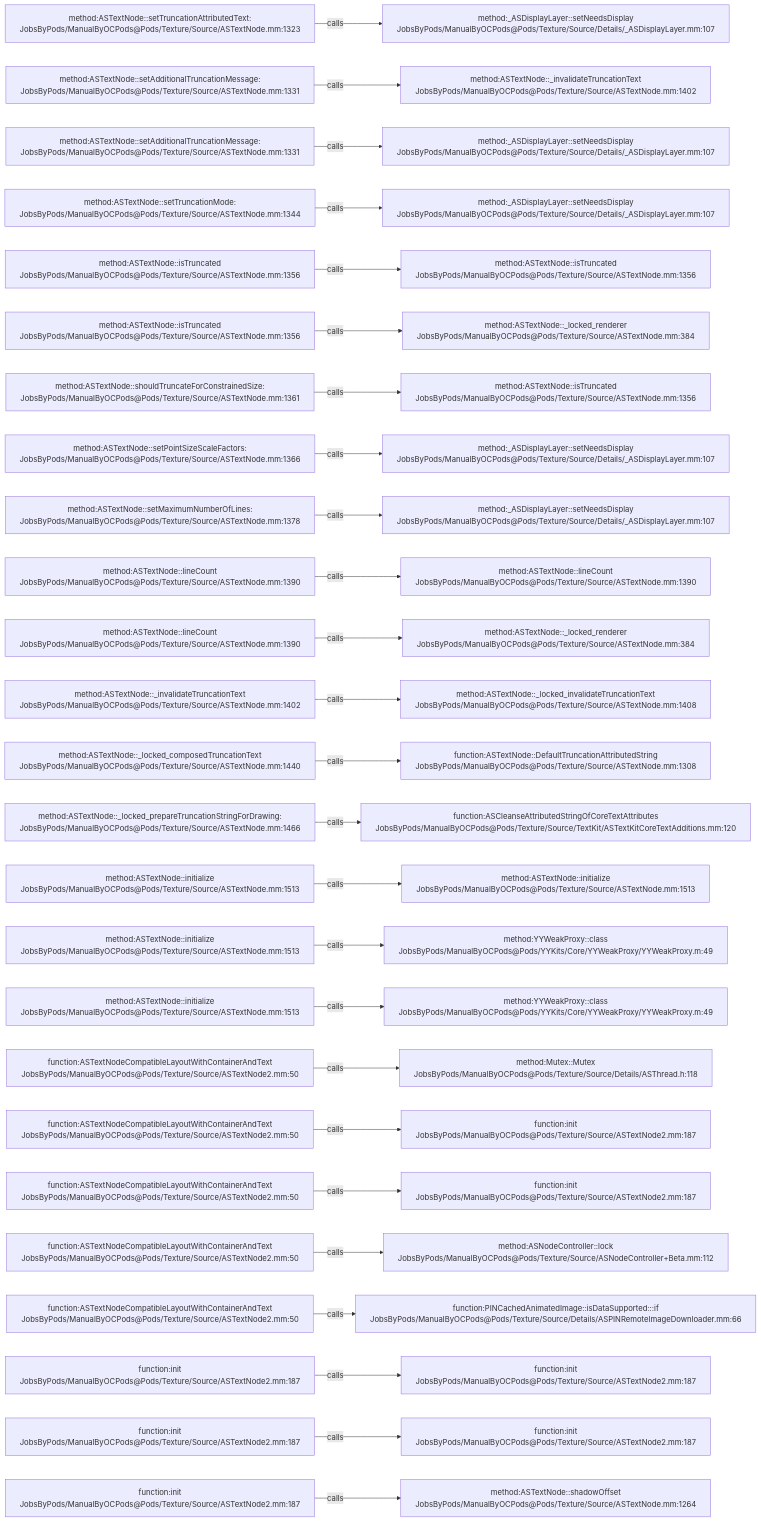
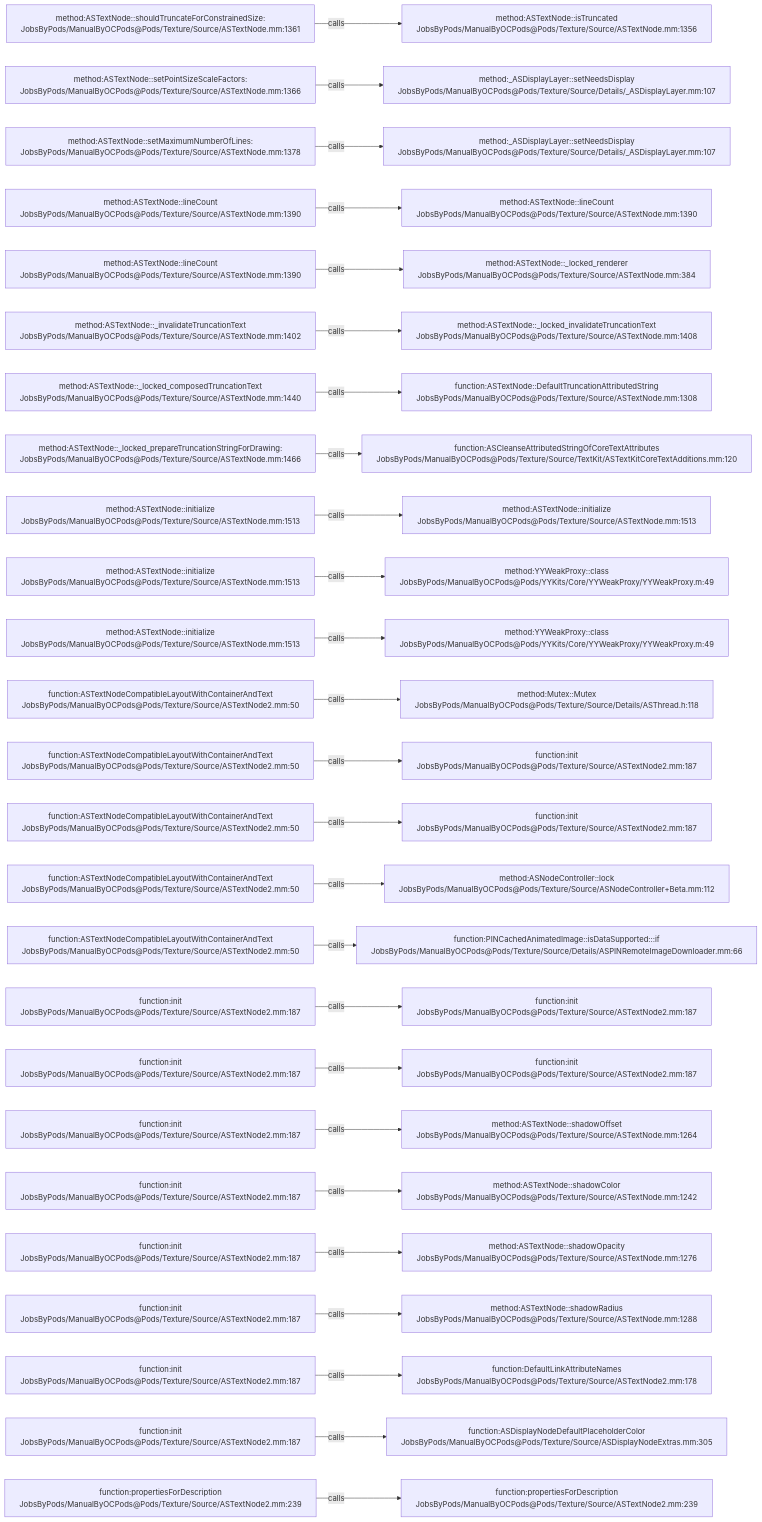
The diagram in .codegraph/codegraph.md/graphs/calls-130.md (JobsKits/JobsOCBaseConfigDemo), drawn with Mermaid before and after one commit. The commit also changed 666 other files, not shown here.

````diff
--- a/.codegraph/codegraph.md/graphs/calls-130.md
+++ b/.codegraph/codegraph.md/graphs/calls-130.md
@@ -13,78 +13,78 @@
 ```mermaid
 flowchart LR
-  S1["method:ASTextNode::setTruncationAttributedText:<br/>JobsByPods/ManualByOCPods@Pods/Texture/Source/ASTextNode.mm:1323"]
-  T1["method:_ASDisplayLayer::setNeedsDisplay<br/>JobsByPods/ManualByOCPods@Pods/Texture/Source/Details/_ASDisplayLayer.mm:107"]
+  S1["method:ASTextNode::shouldTruncateForConstrainedSize:<br/>JobsByPods/ManualByOCPods@Pods/Texture/Source/ASTextNode.mm:1361"]
+  T1["method:ASTextNode::isTruncated<br/>JobsByPods/ManualByOCPods@Pods/Texture/Source/ASTextNode.mm:1356"]
   S1 -->|calls| T1
-  S2["method:ASTextNode::setAdditionalTruncationMessage:<br/>JobsByPods/ManualByOCPods@Pods/Texture/Source/ASTextNode.mm:1331"]
-  T2["method:ASTextNode::_invalidateTruncationText<br/>JobsByPods/ManualByOCPods@Pods/Texture/Source/ASTextNode.mm:1402"]
+  S2["method:ASTextNode::setPointSizeScaleFactors:<br/>JobsByPods/ManualByOCPods@Pods/Texture/Source/ASTextNode.mm:1366"]
+  T2["method:_ASDisplayLayer::setNeedsDisplay<br/>JobsByPods/ManualByOCPods@Pods/Texture/Source/Details/_ASDisplayLayer.mm:107"]
   S2 -->|calls| T2
-  S3["method:ASTextNode::setAdditionalTruncationMessage:<br/>JobsByPods/ManualByOCPods@Pods/Texture/Source/ASTextNode.mm:1331"]
+  S3["method:ASTextNode::setMaximumNumberOfLines:<br/>JobsByPods/ManualByOCPods@Pods/Texture/Source/ASTextNode.mm:1378"]
   T3["method:_ASDisplayLayer::setNeedsDisplay<br/>JobsByPods/ManualByOCPods@Pods/Texture/Source/Details/_ASDisplayLayer.mm:107"]
   S3 -->|calls| T3
-  S4["method:ASTextNode::setTruncationMode:<br/>JobsByPods/ManualByOCPods@Pods/Texture/Source/ASTextNode.mm:1344"]
-  T4["method:_ASDisplayLayer::setNeedsDisplay<br/>JobsByPods/ManualByOCPods@Pods/Texture/Source/Details/_ASDisplayLayer.mm:107"]
+  S4["method:ASTextNode::lineCount<br/>JobsByPods/ManualByOCPods@Pods/Texture/Source/ASTextNode.mm:1390"]
+  T4["method:ASTextNode::lineCount<br/>JobsByPods/ManualByOCPods@Pods/Texture/Source/ASTextNode.mm:1390"]
   S4 -->|calls| T4
-  S5["method:ASTextNode::isTruncated<br/>JobsByPods/ManualByOCPods@Pods/Texture/Source/ASTextNode.mm:1356"]
-  T5["method:ASTextNode::isTruncated<br/>JobsByPods/ManualByOCPods@Pods/Texture/Source/ASTextNode.mm:1356"]
+  S5["method:ASTextNode::lineCount<br/>JobsByPods/ManualByOCPods@Pods/Texture/Source/ASTextNode.mm:1390"]
+  T5["method:ASTextNode::_locked_renderer<br/>JobsByPods/ManualByOCPods@Pods/Texture/Source/ASTextNode.mm:384"]
   S5 -->|calls| T5
-  S6["method:ASTextNode::isTruncated<br/>JobsByPods/ManualByOCPods@Pods/Texture/Source/ASTextNode.mm:1356"]
-  T6["method:ASTextNode::_locked_renderer<br/>JobsByPods/ManualByOCPods@Pods/Texture/Source/ASTextNode.mm:384"]
+  S6["method:ASTextNode::_invalidateTruncationText<br/>JobsByPods/ManualByOCPods@Pods/Texture/Source/ASTextNode.mm:1402"]
+  T6["method:ASTextNode::_locked_invalidateTruncationText<br/>JobsByPods/ManualByOCPods@Pods/Texture/Source/ASTextNode.mm:1408"]
   S6 -->|calls| T6
-  S7["method:ASTextNode::shouldTruncateForConstrainedSize:<br/>JobsByPods/ManualByOCPods@Pods/Texture/Source/ASTextNode.mm:1361"]
-  T7["method:ASTextNode::isTruncated<br/>JobsByPods/ManualByOCPods@Pods/Texture/Source/ASTextNode.mm:1356"]
+  S7["method:ASTextNode::_locked_composedTruncationText<br/>JobsByPods/ManualByOCPods@Pods/Texture/Source/ASTextNode.mm:1440"]
+  T7["function:ASTextNode::DefaultTruncationAttributedString<br/>JobsByPods/ManualByOCPods@Pods/Texture/Source/ASTextNode.mm:1308"]
   S7 -->|calls| T7
-  S8["method:ASTextNode::setPointSizeScaleFactors:<br/>JobsByPods/ManualByOCPods@Pods/Texture/Source/ASTextNode.mm:1366"]
-  T8["method:_ASDisplayLayer::setNeedsDisplay<br/>JobsByPods/ManualByOCPods@Pods/Texture/Source/Details/_ASDisplayLayer.mm:107"]
+  S8["method:ASTextNode::_locked_prepareTruncationStringForDrawing:<br/>JobsByPods/ManualByOCPods@Pods/Texture/Source/ASTextNode.mm:1466"]
+  T8["function:ASCleanseAttributedStringOfCoreTextAttributes<br/>JobsByPods/ManualByOCPods@Pods/Texture/Source/TextKit/ASTextKitCoreTextAdditions.mm:120"]
   S8 -->|calls| T8
-  S9["method:ASTextNode::setMaximumNumberOfLines:<br/>JobsByPods/ManualByOCPods@Pods/Texture/Source/ASTextNode.mm:1378"]
-  T9["method:_ASDisplayLayer::setNeedsDisplay<br/>JobsByPods/ManualByOCPods@Pods/Texture/Source/Details/_ASDisplayLayer.mm:107"]
+  S9["method:ASTextNode::initialize<br/>JobsByPods/ManualByOCPods@Pods/Texture/Source/ASTextNode.mm:1513"]
+  T9["method:ASTextNode::initialize<br/>JobsByPods/ManualByOCPods@Pods/Texture/Source/ASTextNode.mm:1513"]
   S9 -->|calls| T9
-  S10["method:ASTextNode::lineCount<br/>JobsByPods/ManualByOCPods@Pods/Texture/Source/ASTextNode.mm:1390"]
-  T10["method:ASTextNode::lineCount<br/>JobsByPods/ManualByOCPods@Pods/Texture/Source/ASTextNode.mm:1390"]
+  S10["method:ASTextNode::initialize<br/>JobsByPods/ManualByOCPods@Pods/Texture/Source/ASTextNode.mm:1513"]
+  T10["method:YYWeakProxy::class<br/>JobsByPods/ManualByOCPods@Pods/YYKits/Core/YYWeakProxy/YYWeakProxy.m:49"]
   S10 -->|calls| T10
-  S11["method:ASTextNode::lineCount<br/>JobsByPods/ManualByOCPods@Pods/Texture/Source/ASTextNode.mm:1390"]
-  T11["method:ASTextNode::_locked_renderer<br/>JobsByPods/ManualByOCPods@Pods/Texture/Source/ASTextNode.mm:384"]
+  S11["method:ASTextNode::initialize<br/>JobsByPods/ManualByOCPods@Pods/Texture/Source/ASTextNode.mm:1513"]
+  T11["method:YYWeakProxy::class<br/>JobsByPods/ManualByOCPods@Pods/YYKits/Core/YYWeakProxy/YYWeakProxy.m:49"]
   S11 -->|calls| T11
-  S12["method:ASTextNode::_invalidateTruncationText<br/>JobsByPods/ManualByOCPods@Pods/Texture/Source/ASTextNode.mm:1402"]
-  T12["method:ASTextNode::_locked_invalidateTruncationText<br/>JobsByPods/ManualByOCPods@Pods/Texture/Source/ASTextNode.mm:1408"]
+  S12["function:ASTextNodeCompatibleLayoutWithContainerAndText<br/>JobsByPods/ManualByOCPods@Pods/Texture/Source/ASTextNode2.mm:50"]
+  T12["method:Mutex::Mutex<br/>JobsByPods/ManualByOCPods@Pods/Texture/Source/Details/ASThread.h:118"]
   S12 -->|calls| T12
-  S13["method:ASTextNode::_locked_composedTruncationText<br/>JobsByPods/ManualByOCPods@Pods/Texture/Source/ASTextNode.mm:1440"]
-  T13["function:ASTextNode::DefaultTruncationAttributedString<br/>JobsByPods/ManualByOCPods@Pods/Texture/Source/ASTextNode.mm:1308"]
+  S13["function:ASTextNodeCompatibleLayoutWithContainerAndText<br/>JobsByPods/ManualByOCPods@Pods/Texture/Source/ASTextNode2.mm:50"]
+  T13["function:init<br/>JobsByPods/ManualByOCPods@Pods/Texture/Source/ASTextNode2.mm:187"]
   S13 -->|calls| T13
-  S14["method:ASTextNode::_locked_prepareTruncationStringForDrawing:<br/>JobsByPods/ManualByOCPods@Pods/Texture/Source/ASTextNode.mm:1466"]
-  T14["function:ASCleanseAttributedStringOfCoreTextAttributes<br/>JobsByPods/ManualByOCPods@Pods/Texture/Source/TextKit/ASTextKitCoreTextAdditions.mm:120"]
+  S14["function:ASTextNodeCompatibleLayoutWithContainerAndText<br/>JobsByPods/ManualByOCPods@Pods/Texture/Source/ASTextNode2.mm:50"]
+  T14["function:init<br/>JobsByPods/ManualByOCPods@Pods/Texture/Source/ASTextNode2.mm:187"]
   S14 -->|calls| T14
-  S15["method:ASTextNode::initialize<br/>JobsByPods/ManualByOCPods@Pods/Texture/Source/ASTextNode.mm:1513"]
-  T15["method:ASTextNode::initialize<br/>JobsByPods/ManualByOCPods@Pods/Texture/Source/ASTextNode.mm:1513"]
+  S15["function:ASTextNodeCompatibleLayoutWithContainerAndText<br/>JobsByPods/ManualByOCPods@Pods/Texture/Source/ASTextNode2.mm:50"]
+  T15["method:ASNodeController::lock<br/>JobsByPods/ManualByOCPods@Pods/Texture/Source/ASNodeController+Beta.mm:112"]
   S15 -->|calls| T15
-  S16["method:ASTextNode::initialize<br/>JobsByPods/ManualByOCPods@Pods/Texture/Source/ASTextNode.mm:1513"]
-  T16["method:YYWeakProxy::class<br/>JobsByPods/ManualByOCPods@Pods/YYKits/Core/YYWeakProxy/YYWeakProxy.m:49"]
+  S16["function:ASTextNodeCompatibleLayoutWithContainerAndText<br/>JobsByPods/ManualByOCPods@Pods/Texture/Source/ASTextNode2.mm:50"]
+  T16["function:PINCachedAnimatedImage::isDataSupported:::if<br/>JobsByPods/ManualByOCPods@Pods/Texture/Source/Details/ASPINRemoteImageDownloader.mm:66"]
   S16 -->|calls| T16
-  S17["method:ASTextNode::initialize<br/>JobsByPods/ManualByOCPods@Pods/Texture/Source/ASTextNode.mm:1513"]
-  T17["method:YYWeakProxy::class<br/>JobsByPods/ManualByOCPods@Pods/YYKits/Core/YYWeakProxy/YYWeakProxy.m:49"]
+  S17["function:init<br/>JobsByPods/ManualByOCPods@Pods/Texture/Source/ASTextNode2.mm:187"]
+  T17["function:init<br/>JobsByPods/ManualByOCPods@Pods/Texture/Source/ASTextNode2.mm:187"]
   S17 -->|calls| T17
-  S18["function:ASTextNodeCompatibleLayoutWithContainerAndText<br/>JobsByPods/ManualByOCPods@Pods/Texture/Source/ASTextNode2.mm:50"]
-  T18["method:Mutex::Mutex<br/>JobsByPods/ManualByOCPods@Pods/Texture/Source/Details/ASThread.h:118"]
+  S18["function:init<br/>JobsByPods/ManualByOCPods@Pods/Texture/Source/ASTextNode2.mm:187"]
+  T18["function:init<br/>JobsByPods/ManualByOCPods@Pods/Texture/Source/ASTextNode2.mm:187"]
   S18 -->|calls| T18
-  S19["function:ASTextNodeCompatibleLayoutWithContainerAndText<br/>JobsByPods/ManualByOCPods@Pods/Texture/Source/ASTextNode2.mm:50"]
-  T19["function:init<br/>JobsByPods/ManualByOCPods@Pods/Texture/Source/ASTextNode2.mm:187"]
+  S19["function:init<br/>JobsByPods/ManualByOCPods@Pods/Texture/Source/ASTextNode2.mm:187"]
+  T19["method:ASTextNode::shadowOffset<br/>JobsByPods/ManualByOCPods@Pods/Texture/Source/ASTextNode.mm:1264"]
   S19 -->|calls| T19
-  S20["function:ASTextNodeCompatibleLayoutWithContainerAndText<br/>JobsByPods/ManualByOCPods@Pods/Texture/Source/ASTextNode2.mm:50"]
-  T20["function:init<br/>JobsByPods/ManualByOCPods@Pods/Texture/Source/ASTextNode2.mm:187"]
+  S20["function:init<br/>JobsByPods/ManualByOCPods@Pods/Texture/Source/ASTextNode2.mm:187"]
+  T20["method:ASTextNode::shadowColor<br/>JobsByPods/ManualByOCPods@Pods/Texture/Source/ASTextNode.mm:1242"]
   S20 -->|calls| T20
-  S21["function:ASTextNodeCompatibleLayoutWithContainerAndText<br/>JobsByPods/ManualByOCPods@Pods/Texture/Source/ASTextNode2.mm:50"]
-  T21["method:ASNodeController::lock<br/>JobsByPods/ManualByOCPods@Pods/Texture/Source/ASNodeController+Beta.mm:112"]
+  S21["function:init<br/>JobsByPods/ManualByOCPods@Pods/Texture/Source/ASTextNode2.mm:187"]
+  T21["method:ASTextNode::shadowOpacity<br/>JobsByPods/ManualByOCPods@Pods/Texture/Source/ASTextNode.mm:1276"]
   S21 -->|calls| T21
-  S22["function:ASTextNodeCompatibleLayoutWithContainerAndText<br/>JobsByPods/ManualByOCPods@Pods/Texture/Source/ASTextNode2.mm:50"]
-  T22["function:PINCachedAnimatedImage::isDataSupported:::if<br/>JobsByPods/ManualByOCPods@Pods/Texture/Source/Details/ASPINRemoteImageDownloader.mm:66"]
+  S22["function:init<br/>JobsByPods/ManualByOCPods@Pods/Texture/Source/ASTextNode2.mm:187"]
+  T22["method:ASTextNode::shadowRadius<br/>JobsByPods/ManualByOCPods@Pods/Texture/Source/ASTextNode.mm:1288"]
   S22 -->|calls| T22
   S23["function:init<br/>JobsByPods/ManualByOCPods@Pods/Texture/Source/ASTextNode2.mm:187"]
-  T23["function:init<br/>JobsByPods/ManualByOCPods@Pods/Texture/Source/ASTextNode2.mm:187"]
+  T23["function:DefaultLinkAttributeNames<br/>JobsByPods/ManualByOCPods@Pods/Texture/Source/ASTextNode2.mm:178"]
   S23 -->|calls| T23
   S24["function:init<br/>JobsByPods/ManualByOCPods@Pods/Texture/Source/ASTextNode2.mm:187"]
-  T24["function:init<br/>JobsByPods/ManualByOCPods@Pods/Texture/Source/ASTextNode2.mm:187"]
+  T24["function:ASDisplayNodeDefaultPlaceholderColor<br/>JobsByPods/ManualByOCPods@Pods/Texture/Source/ASDisplayNodeExtras.mm:305"]
   S24 -->|calls| T24
-  S25["function:init<br/>JobsByPods/ManualByOCPods@Pods/Texture/Source/ASTextNode2.mm:187"]
-  T25["method:ASTextNode::shadowOffset<br/>JobsByPods/ManualByOCPods@Pods/Texture/Source/ASTextNode.mm:1264"]
+  S25["function:propertiesForDescription<br/>JobsByPods/ManualByOCPods@Pods/Texture/Source/ASTextNode2.mm:239"]
+  T25["function:propertiesForDescription<br/>JobsByPods/ManualByOCPods@Pods/Texture/Source/ASTextNode2.mm:239"]
   S25 -->|calls| T25
 ```
````
